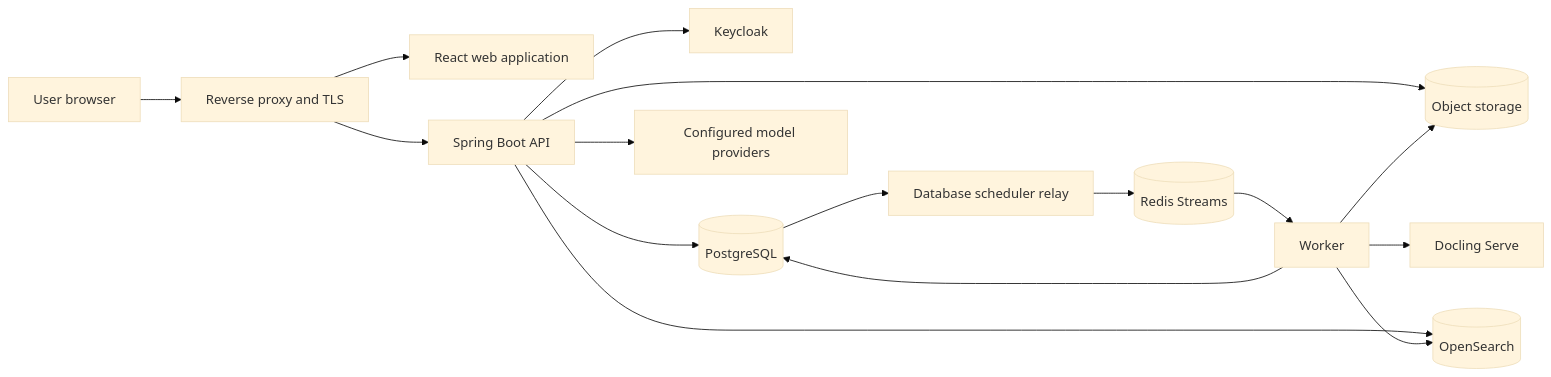
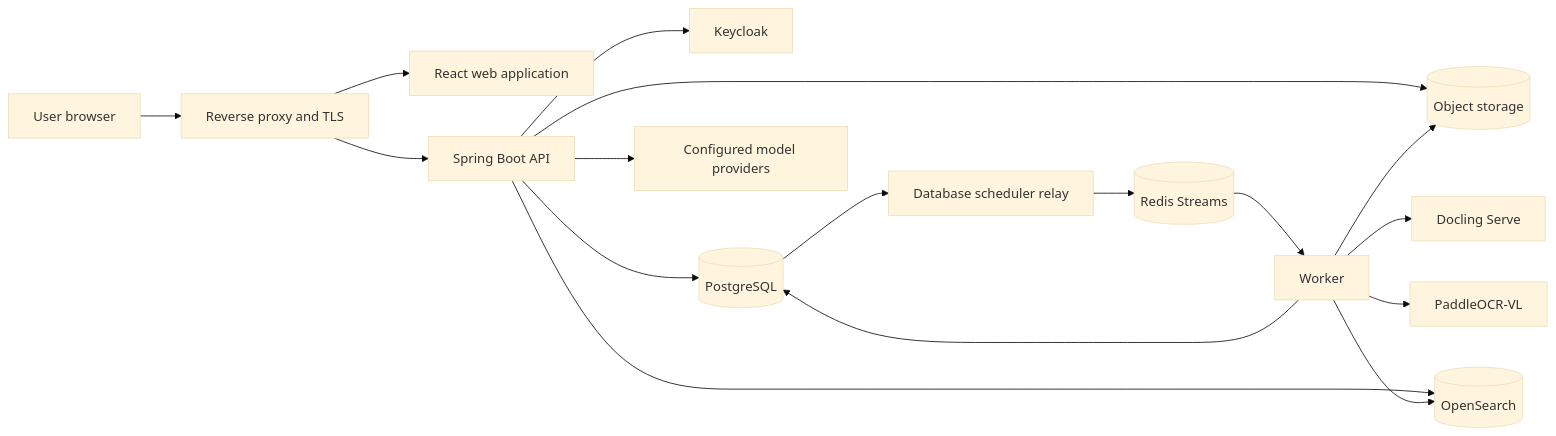
One commit to kl3inIT/MemoryOS changed the first of 6 diagrams in ARCHITECTURE.md. Above: the diagram before and after it, drawn with Mermaid (base theme). The commit also changed other lines of this file and 61 other files, not shown here.

First line of the commit message:
feat(extraction): read scans with PaddleOCR-VL into one MemoryOS Document

````diff
--- a/ARCHITECTURE.md
+++ b/ARCHITECTURE.md
@@ -9,20 +9,21 @@
 ```mermaid
 flowchart LR
     U[User browser] --> RP[Reverse proxy and TLS]
     RP --> WEB[React web application]
     RP --> API[Spring Boot API]
 
     API --> KC[Keycloak]
     API --> PG[(PostgreSQL)]
     API --> S3[(Object storage)]
     API --> OS[(OpenSearch)]
     API --> LLM[Configured model providers]
 
     PG --> RELAY[Database scheduler relay]
     RELAY --> RS[(Redis Streams)]
     RS --> WORKER[Worker]
     WORKER --> PG
     WORKER --> S3
     WORKER --> DOC[Docling Serve]
+    WORKER --> PVL[PaddleOCR-VL]
     WORKER --> OS
 ```
````
